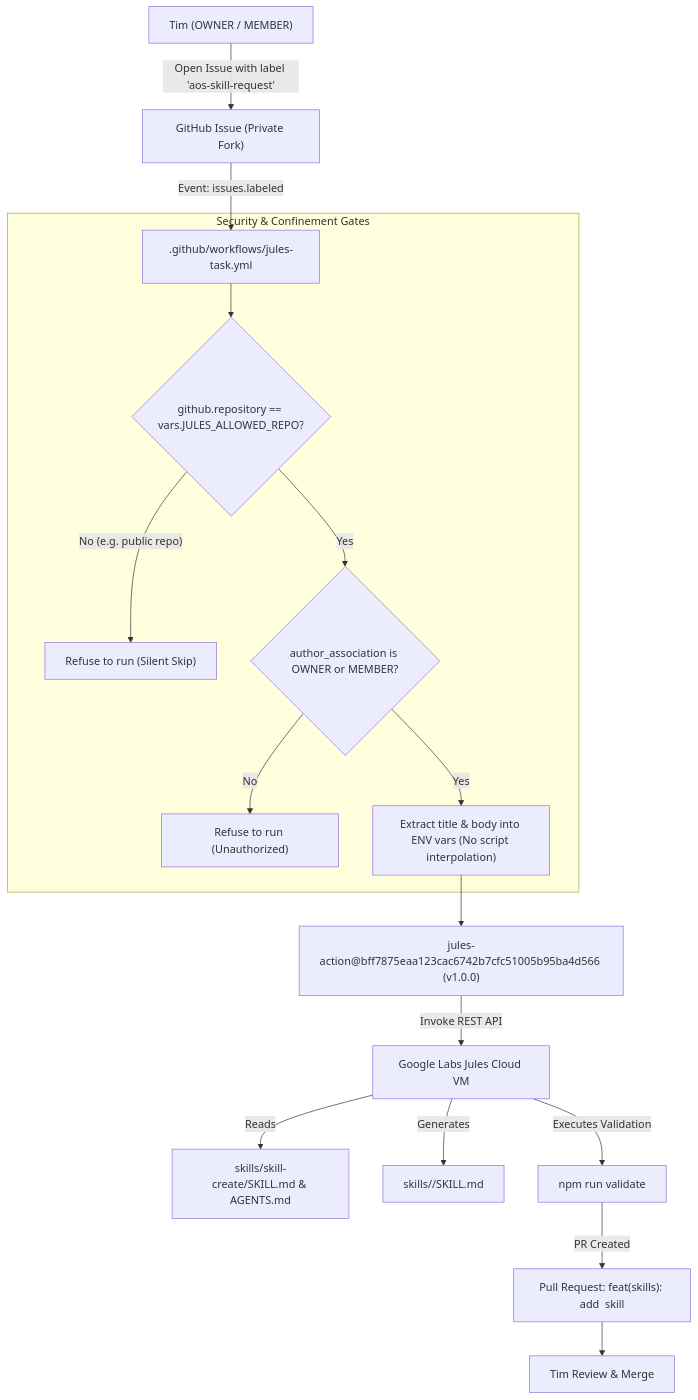
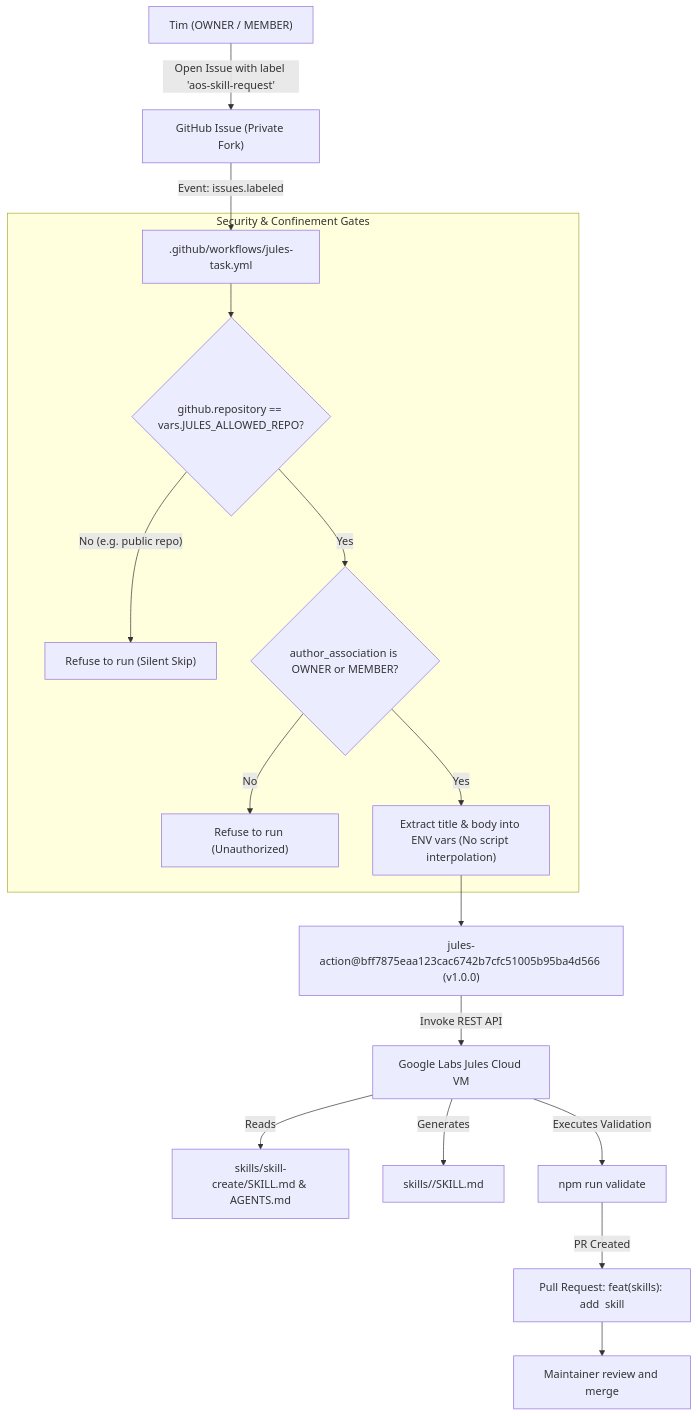
Before and after one commit to hybridlabor-api/aos: the diagram in docs/jules-pilot.md, drawn with Mermaid. The commit also changed 1 other file, not shown here.

Commit message:
docs(readme): describe the evolve approval step for projects with and without git

````diff
--- a/docs/jules-pilot.md
+++ b/docs/jules-pilot.md
@@ -20,21 +20,21 @@
 ```mermaid
 flowchart TD
     User["Tim (OWNER / MEMBER)"] -->|Open Issue with label 'aos-skill-request'| GHIssue["GitHub Issue (Private Fork)"]
     GHIssue -->|Event: issues.labeled| GHAction[".github/workflows/jules-task.yml"]
     
     subgraph Security_Guards["Security & Confinement Gates"]
         GHAction --> GuardRepo{"github.repository == vars.JULES_ALLOWED_REPO?"}
         GuardRepo -- No (e.g. public repo) --> AbortPublic["Refuse to run (Silent Skip)"]
         GuardRepo -- Yes --> GuardAuth{"author_association is OWNER or MEMBER?"}
         GuardAuth -- No --> AbortAuth["Refuse to run (Unauthorized)"]
         GuardAuth -- Yes --> EnvPass["Extract title & body into ENV vars (No script interpolation)"]
     end
     
     EnvPass --> PinnedAction["jules-action@bff7875eaa123cac6742b7cfc51005b95ba4d566 (v1.0.0)"]
     PinnedAction -->|Invoke REST API| JulesCloud["Google Labs Jules Cloud VM"]
     JulesCloud -->|Reads| Contract["skills/skill-create/SKILL.md & AGENTS.md"]
     JulesCloud -->|Generates| SkillFile["skills/<name>/SKILL.md"]
     JulesCloud -->|Executes Validation| ValCheck["npm run validate"]
     ValCheck -->|PR Created| JulesPR["Pull Request: feat(skills): add <name> skill"]
-    JulesPR --> TimReview["Tim Review & Merge"]
+    JulesPR --> MaintainerReview["Maintainer review and merge"]
 ```
````
